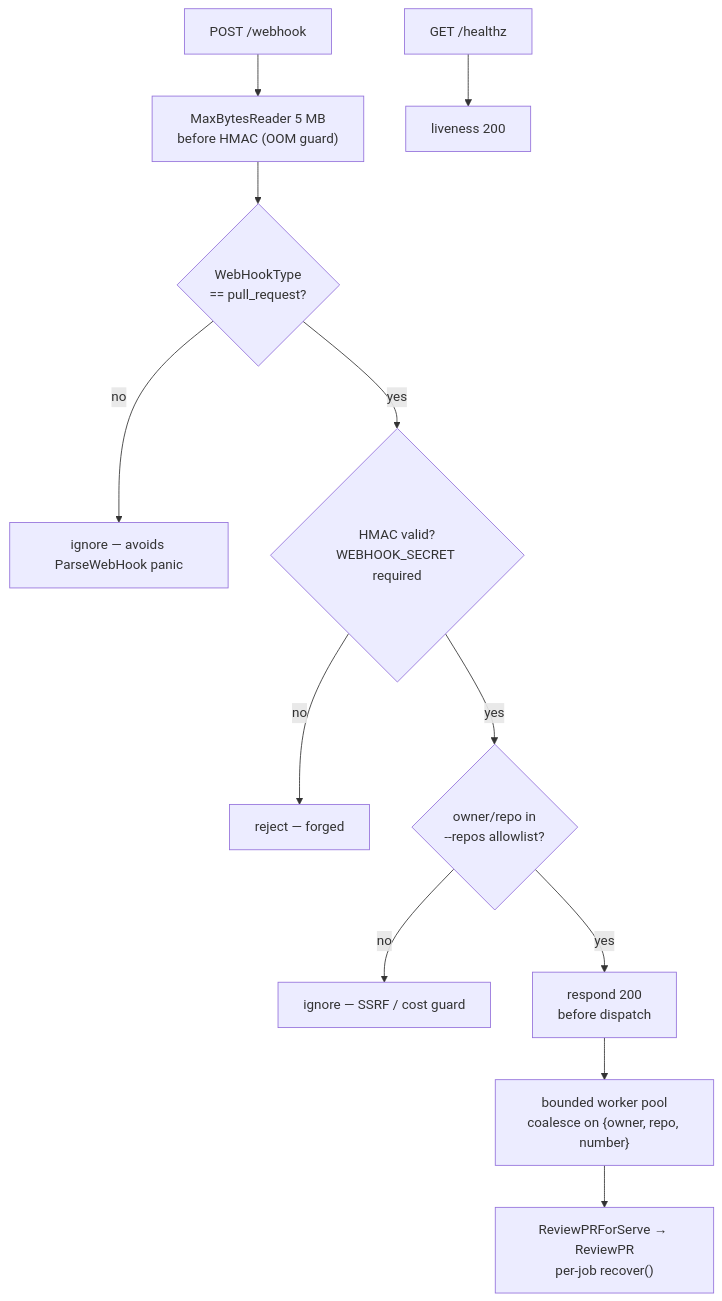
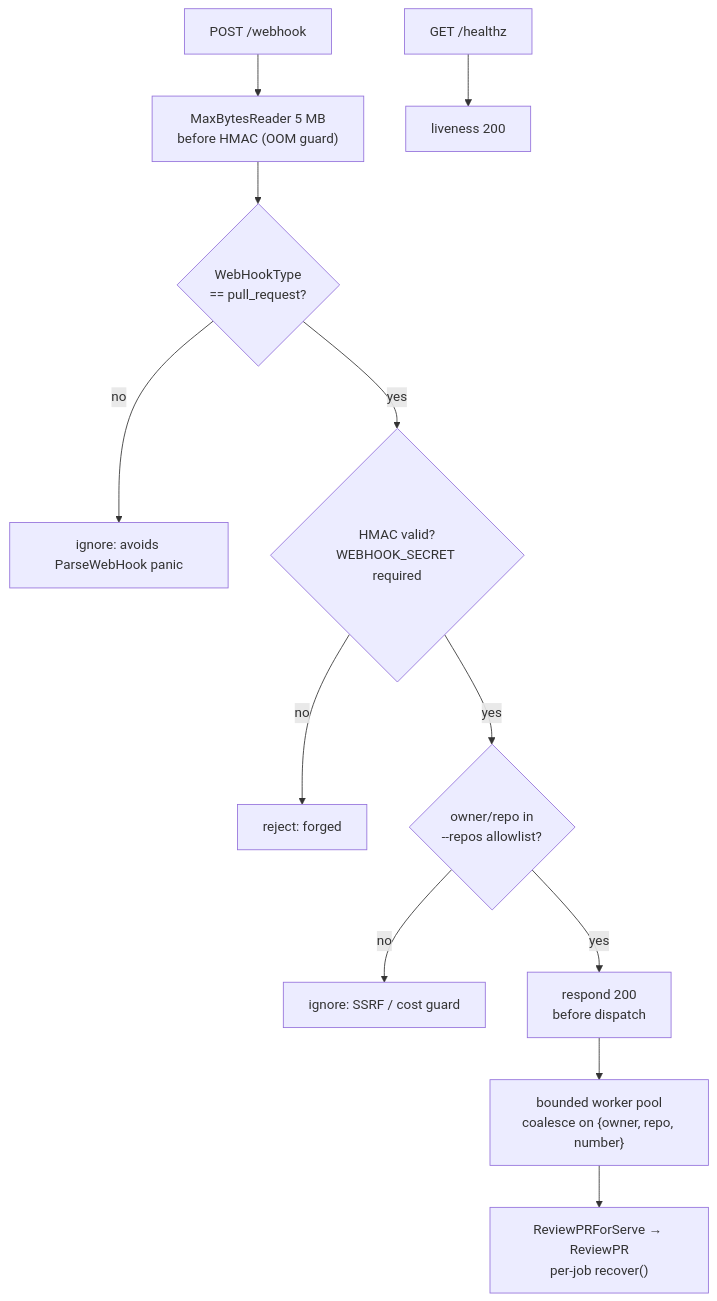
The fifth of 10 diagrams in docs/content/architecture.md (vanducng/miu-cr), drawn with Mermaid before and after one commit. The commit also changed other lines of this file and 40 other files, not shown here.

````diff
--- a/docs/content/architecture.md
+++ b/docs/content/architecture.md
@@ -197,14 +197,14 @@
 ```mermaid
 flowchart TD
     W["POST /webhook"] --> Cap["MaxBytesReader 5 MB<br/>before HMAC (OOM guard)"]
     Cap --> Type{"WebHookType<br/>== pull_request?"}
-    Type -->|"no"| Ignore1["ignore — avoids ParseWebHook panic"]
+    Type -->|"no"| Ignore1["ignore: avoids ParseWebHook panic"]
     Type -->|"yes"| HMAC{"HMAC valid?<br/>WEBHOOK_SECRET required"}
-    HMAC -->|"no"| Reject["reject — forged"]
+    HMAC -->|"no"| Reject["reject: forged"]
     HMAC -->|"yes"| Allow{"owner/repo in<br/>--repos allowlist?"}
-    Allow -->|"no"| Ignore2["ignore — SSRF / cost guard"]
+    Allow -->|"no"| Ignore2["ignore: SSRF / cost guard"]
     Allow -->|"yes"| Ack["respond 200<br/>before dispatch"]
     Ack --> Pool["bounded worker pool<br/>coalesce on {owner, repo, number}"]
     Pool --> Job["ReviewPRForServe → ReviewPR<br/>per-job recover()"]
     H["GET /healthz"] --> Live["liveness 200"]
 ```
````
